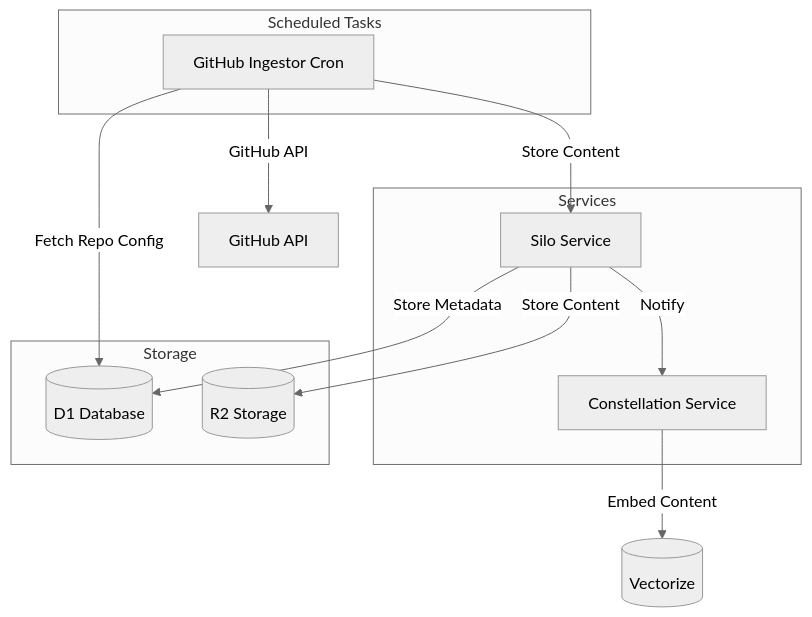
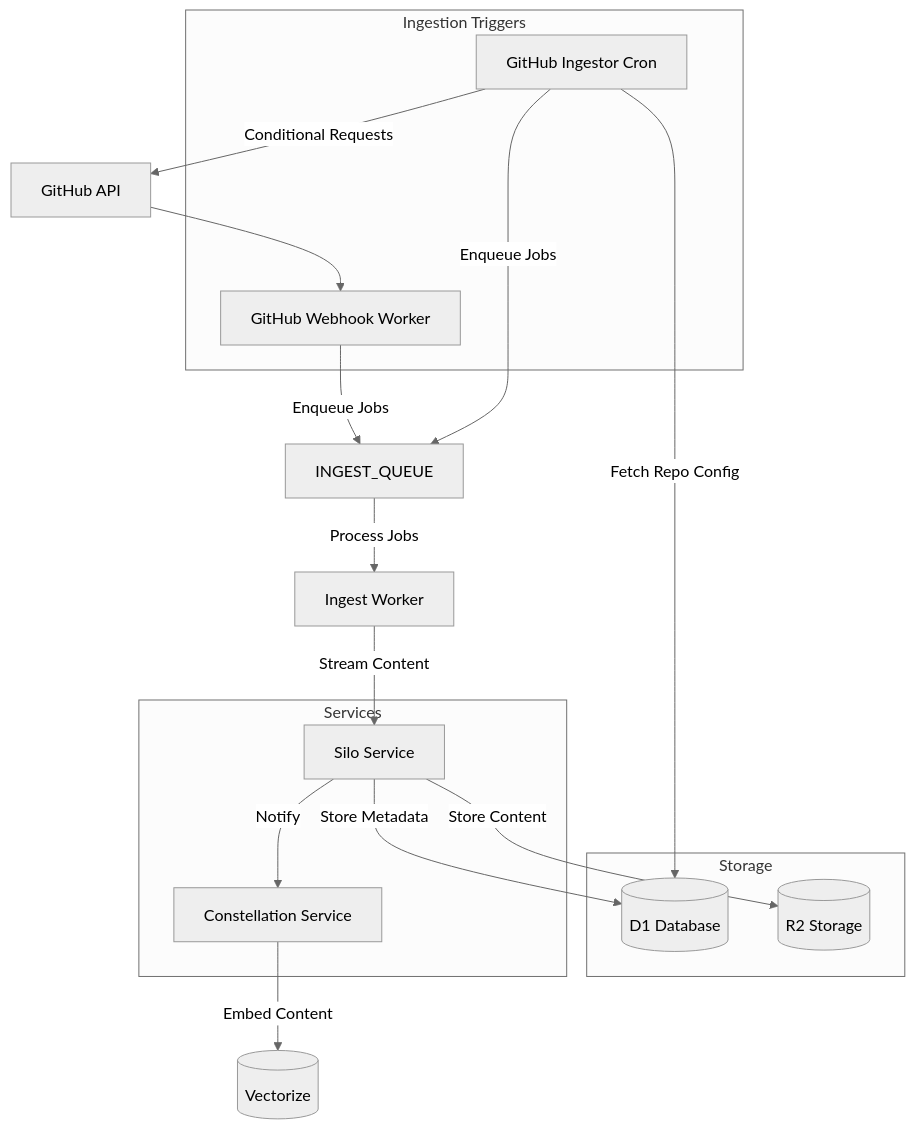
One commit to marktoda/dome changed the diagram in docs/GITHUB_INGESTOR_DESIGN.md. Above: the diagram before and after it, drawn with Mermaid (neutral theme). The commit also changed other lines of this file and 3 other files, not shown here.

````diff
--- a/docs/GITHUB_INGESTOR_DESIGN.md
+++ b/docs/GITHUB_INGESTOR_DESIGN.md
@@ -7,26 +7,31 @@
 ```mermaid
 graph TD
-    subgraph Scheduled Tasks
+    subgraph Ingestion Triggers
+        Webhook[GitHub Webhook Worker]
         GithubCron[GitHub Ingestor Cron]
     end
 
     subgraph Storage
         DB[(D1 Database)]
         R2[(R2 Storage)]
     end
 
     subgraph Services
         Silo[Silo Service]
         Constellation[Constellation Service]
     end
 
+    GitHub[GitHub API] --> Webhook
+    Webhook -->|Enqueue Jobs| IngestQueue[INGEST_QUEUE]
     GithubCron -->|Fetch Repo Config| DB
-    GithubCron -->|GitHub API| GitHub[GitHub API]
-    GithubCron -->|Store Content| Silo
+    GithubCron -->|Conditional Requests| GitHub
+    GithubCron -->|Enqueue Jobs| IngestQueue
+    IngestQueue -->|Process Jobs| IngestWorker[Ingest Worker]
+    IngestWorker -->|Stream Content| Silo
     Silo -->|Store Metadata| DB
     Silo -->|Store Content| R2
     Silo -->|Notify| Constellation
     Constellation -->|Embed Content| VectorDB[(Vectorize)]
 
     class GitHub external
 ```
````
